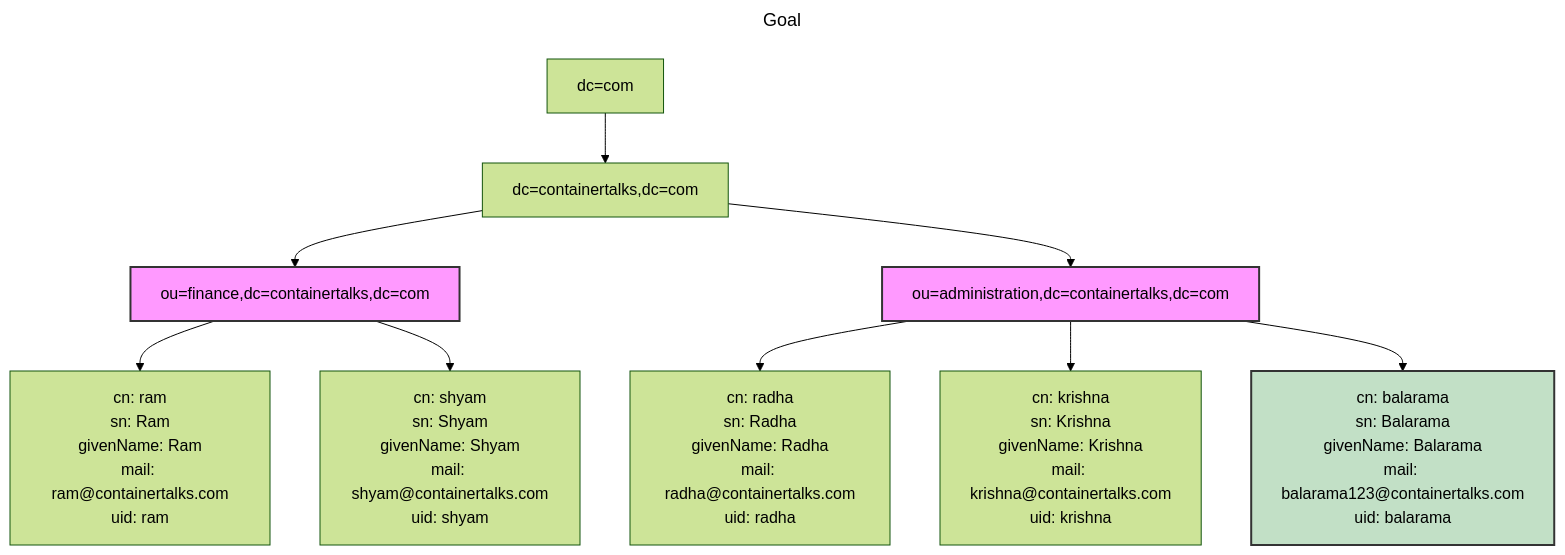
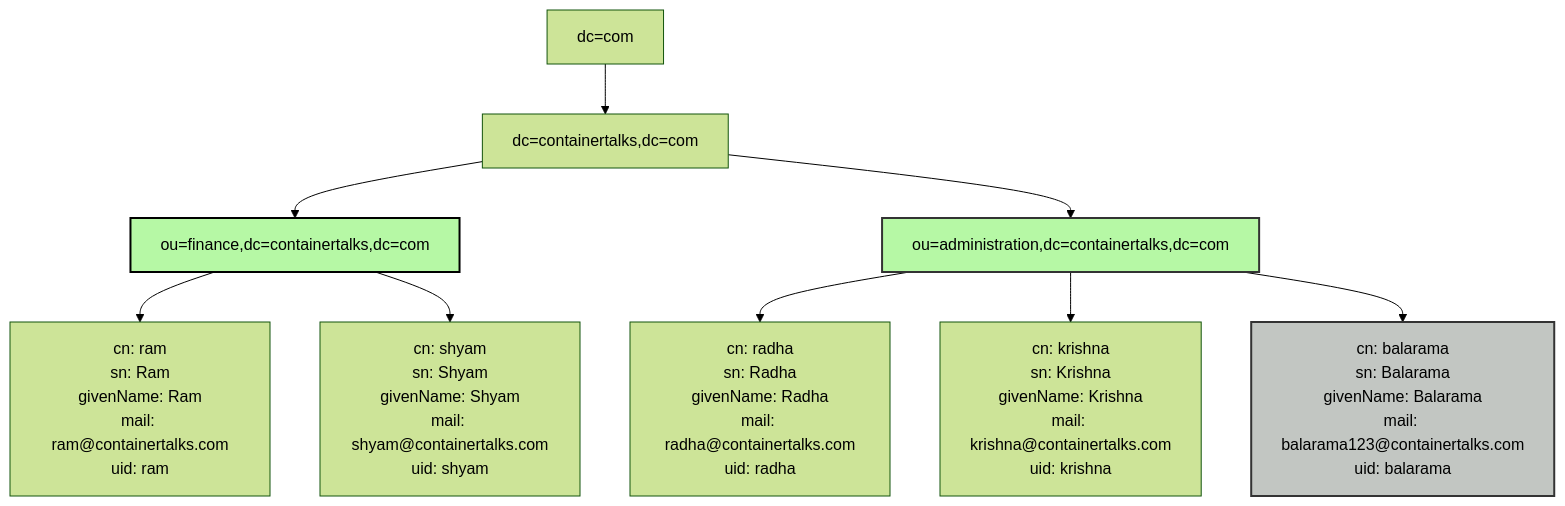
Before and after one commit to jinnabaalu/openldap-tutorial: the diagram in README.md, drawn with Mermaid (forest theme). The commit also changed 1 other file, not shown here.

Commit message:
updated the create organization

````diff
--- a/README.md
+++ b/README.md
@@ -7,18 +7,15 @@
 ```mermaid
----
-title: Goal
----
 flowchart TD
     A[dc=com] --> B[dc=containertalks,dc=com]
     B --> C[ou=finance,dc=containertalks,dc=com]
     B --> D[ou=administration,dc=containertalks,dc=com]
     C --> E[cn: ram<br>sn: Ram<br>givenName: Ram<br>mail: ram@containertalks.com<br>uid: ram]
     C --> F[cn: shyam<br>sn: Shyam<br>givenName: Shyam<br>mail: shyam@containertalks.com<br>uid: shyam]
     D --> G[cn: radha<br>sn: Radha<br>givenName: Radha<br>mail: radha@containertalks.com<br>uid: radha]
     D --> H[cn: krishna<br>sn: Krishna<br>givenName: Krishna<br>mail: krishna@containertalks.com<br>uid: krishna]
     D --> I[cn: balarama<br>sn: Balarama<br>givenName: Balarama<br>mail: balarama123@containertalks.com<br>uid: balarama]
 
-    style C fill:#f9f,stroke:#333,stroke-width:2px
-    style D fill:#f9f,stroke:#333,stroke-width:2px
-    style I fill:#c2e0c6,stroke:#333,stroke-width:2px
+    style C fill:#b6f8a5,stroke:#000,stroke-width:2px
+    style D fill:#b6f8a5,stroke:#333,stroke-width:2px
+    style I fill:#c2c6c2,stroke:#333,stroke-width:2px
 ```
````
